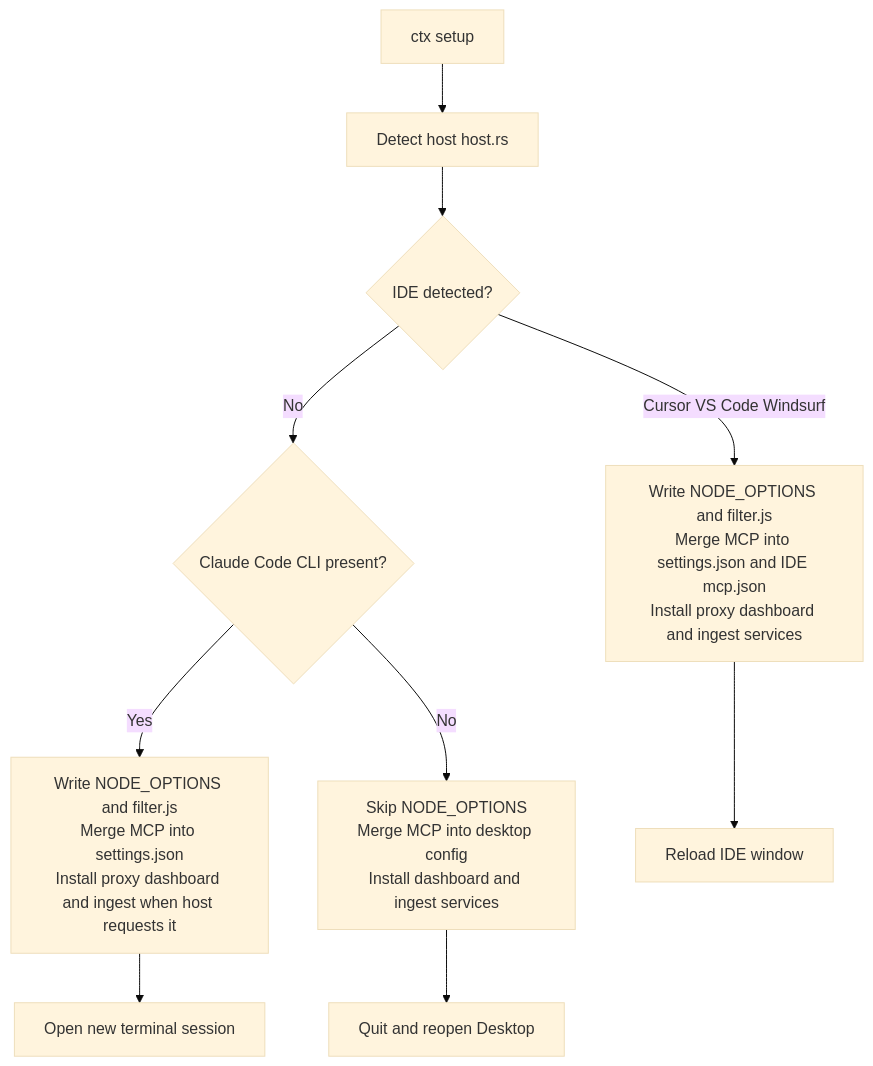
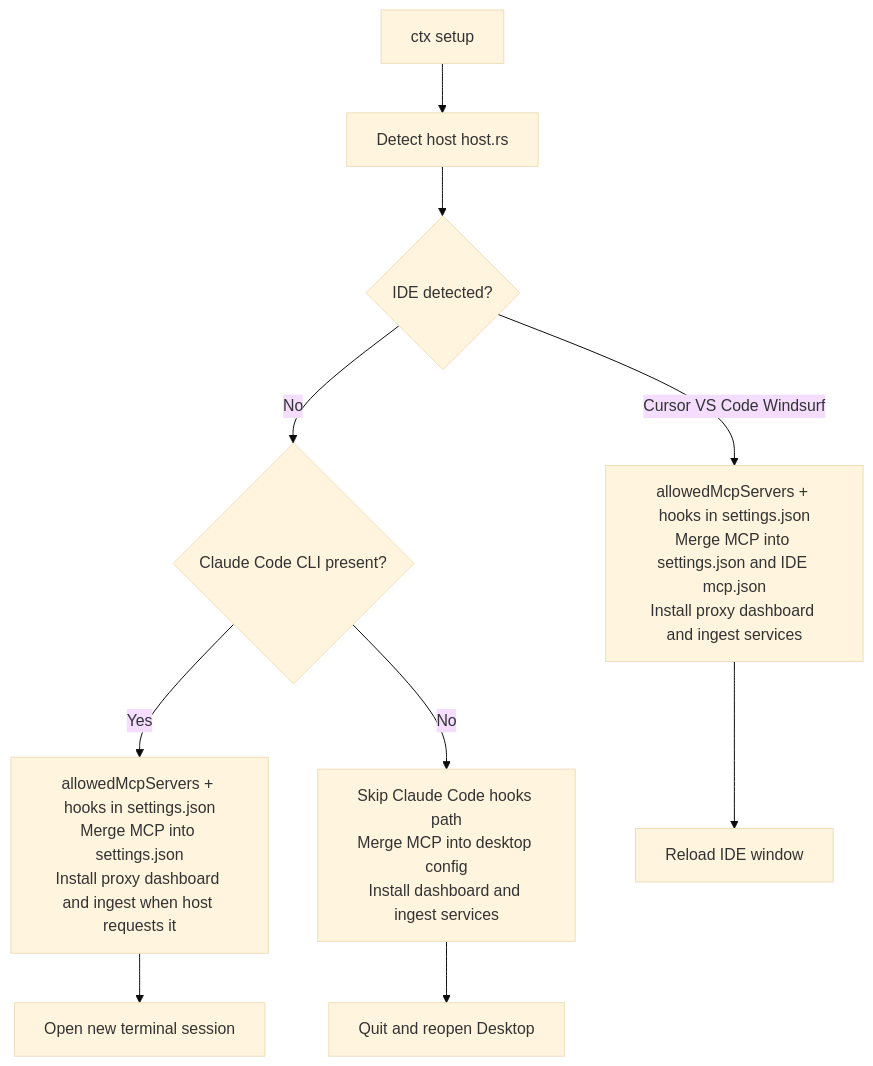
One commit to saurabh0392/ctx changed the diagram in README.md. Above: the diagram before and after it, drawn with Mermaid (base theme). The commit also changed other lines of this file and 15 other files, not shown here.

First line of the commit message:
feat: ctx v2 — native allowedMcpServers + hooks for Claude Code

````diff
--- a/README.md
+++ b/README.md
@@ -37,12 +39,12 @@
 ```mermaid
 flowchart TD
   Start["ctx setup"] --> Detect["Detect host host.rs"]
   Detect --> IsIDE{IDE detected?}
-  IsIDE -->|Cursor VS Code Windsurf| IDE_Path["Write NODE_OPTIONS and filter.js\nMerge MCP into settings.json and IDE mcp.json\nInstall proxy dashboard and ingest services"]
+  IsIDE -->|Cursor VS Code Windsurf| IDE_Path["allowedMcpServers + hooks in settings.json\nMerge MCP into settings.json and IDE mcp.json\nInstall proxy dashboard and ingest services"]
   IsIDE -->|No| IsCLI{Claude Code CLI present?}
-  IsCLI -->|Yes| CLI_Path["Write NODE_OPTIONS and filter.js\nMerge MCP into settings.json\nInstall proxy dashboard and ingest when host requests it"]
-  IsCLI -->|No| Desktop_Path["Skip NODE_OPTIONS\nMerge MCP into desktop config\nInstall dashboard and ingest services"]
+  IsCLI -->|Yes| CLI_Path["allowedMcpServers + hooks in settings.json\nMerge MCP into settings.json\nInstall proxy dashboard and ingest when host requests it"]
+  IsCLI -->|No| Desktop_Path["Skip Claude Code hooks path\nMerge MCP into desktop config\nInstall dashboard and ingest services"]
   IDE_Path --> Done["Reload IDE window"]
   CLI_Path --> Done2["Open new terminal session"]
   Desktop_Path --> Done3["Quit and reopen Desktop"]
 ```
````
